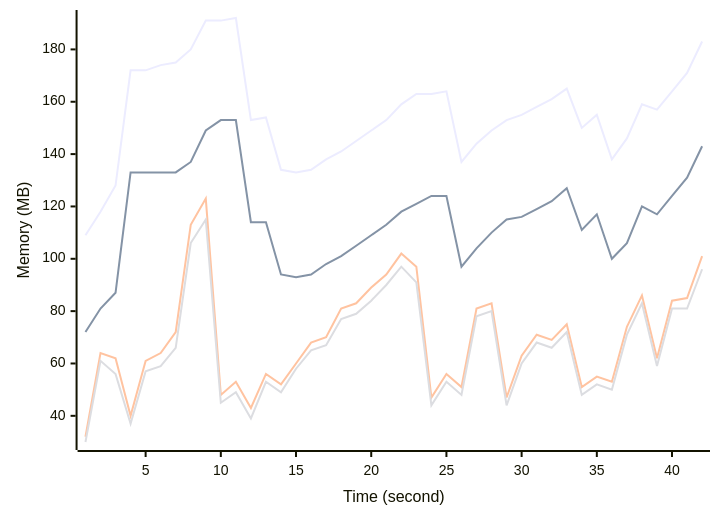
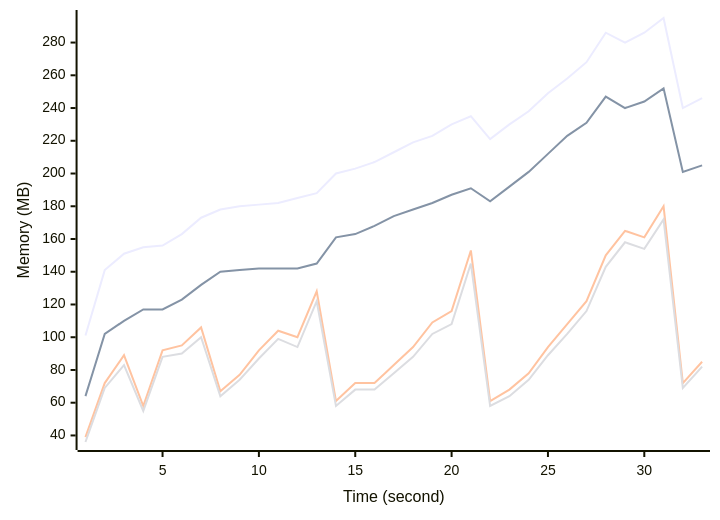
The diagram in docs/benchmarks/AMD Ryzen 9 7940HS w Radeon 780M Graphics.md (samchon/nestia-start), drawn with Mermaid before and after one commit. The commit also changed other lines of this file and 1 other file, not shown here.

````diff
--- a/docs/benchmarks/AMD Ryzen 9 7940HS w Radeon 780M Graphics.md
+++ b/docs/benchmarks/AMD Ryzen 9 7940HS w Radeon 780M Graphics.md
@@ -25,9 +25,9 @@
 ```mermaid
 xychart-beta
   x-axis "Time (second)"
   y-axis "Memory (MB)"
-  line [109, 118, 128, 172, 172, 174, 175, 180, 191, 191, 192, 153, 154, 134, 133, 134, 138, 141, 145, 149, 153, 159, 163, 163, 164, 137, 144, 149, 153, 155, 158, 161, 165, 150, 155, 138, 146, 159, 157, 164, 171, 183]
-  line [72, 81, 87, 133, 133, 133, 133, 137, 149, 153, 153, 114, 114, 94, 93, 94, 98, 101, 105, 109, 113, 118, 121, 124, 124, 97, 104, 110, 115, 116, 119, 122, 127, 111, 117, 100, 106, 120, 117, 124, 131, 143]
-  line [32, 64, 62, 40, 61, 64, 72, 113, 123, 48, 53, 43, 56, 52, 60, 68, 70, 81, 83, 89, 94, 102, 97, 47, 56, 51, 81, 83, 47, 63, 71, 69, 75, 51, 55, 53, 74, 86, 62, 84, 85, 101]
-  line [30, 61, 56, 37, 57, 59, 66, 106, 115, 45, 49, 39, 53, 49, 58, 65, 67, 77, 79, 84, 90, 97, 91, 44, 53, 48, 78, 80, 44, 60, 68, 66, 72, 48, 52, 50, 71, 83, 59, 81, 81, 96]
+  line [101, 141, 151, 155, 156, 163, 173, 178, 180, 181, 182, 185, 188, 200, 203, 207, 213, 219, 223, 230, 235, 221, 230, 238, 249, 258, 268, 286, 280, 286, 295, 240, 246]
+  line [64, 102, 110, 117, 117, 123, 132, 140, 141, 142, 142, 142, 145, 161, 163, 168, 174, 178, 182, 187, 191, 183, 192, 201, 212, 223, 231, 247, 240, 244, 252, 201, 205]
+  line [39, 72, 89, 58, 92, 95, 106, 67, 77, 92, 104, 100, 128, 61, 72, 72, 83, 94, 109, 116, 153, 61, 68, 78, 94, 108, 122, 150, 165, 161, 180, 72, 85]
+  line [36, 69, 83, 55, 88, 90, 100, 64, 74, 87, 99, 94, 122, 58, 68, 68, 78, 88, 102, 108, 145, 58, 64, 74, 89, 102, 116, 143, 158, 154, 172, 69, 82]
 ```
````
